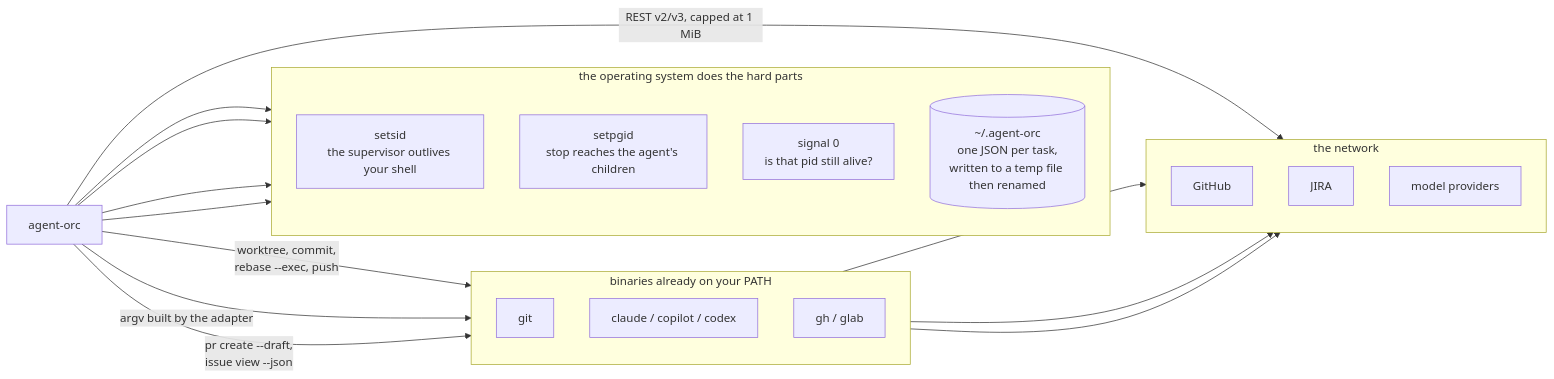
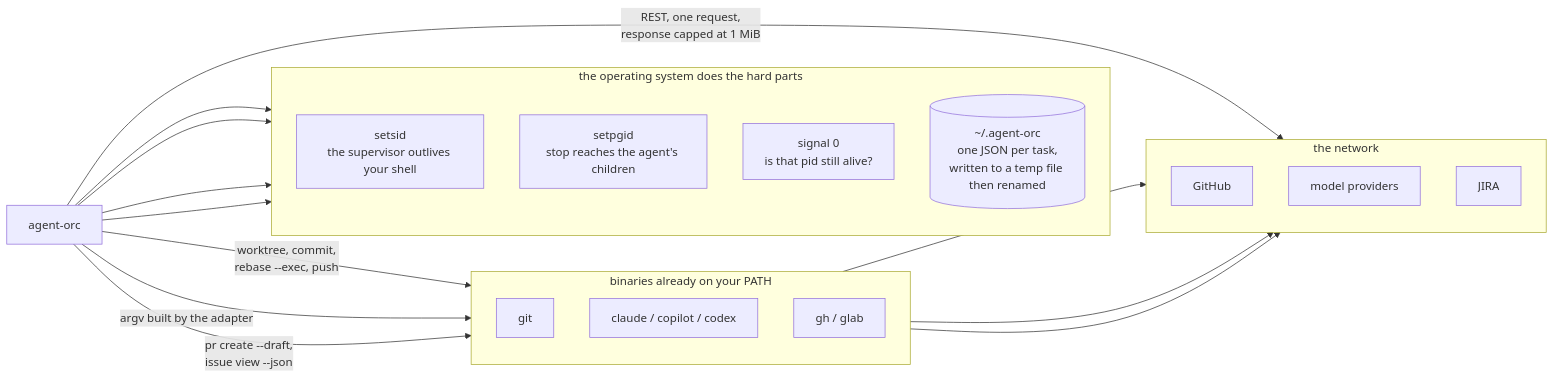
One commit to MaryannGitonga/agent-orc changed the second of 2 diagrams in README.md. Above: the diagram before and after it, drawn with Mermaid. The commit also changed other lines of this file, not shown here.

Commit message:
docs: uncross the network arrows and clarify the jira call

````diff
--- a/README.md
+++ b/README.md
@@ -80,38 +80,38 @@
 ```mermaid
 flowchart LR
     ORC["agent-orc"]
 
     subgraph KERNEL["the operating system does the hard parts"]
         direction TB
         SESS["setsid<br/>the supervisor outlives your shell"]
         PGRP["setpgid<br/>stop reaches the agent's children"]
         LIVE["signal 0<br/>is that pid still alive?"]
         DISK[("~/.agent-orc<br/>one JSON per task,<br/>written to a temp file then renamed")]
     end
 
     subgraph BINS["binaries already on your PATH"]
         direction TB
         GIT["git"]
         ACLI["claude / copilot / codex"]
         FORGE["gh / glab"]
     end
 
     subgraph NET["the network"]
         direction TB
         GHUB["GitHub"]
+        MODEL["model providers"]
         JIRA["JIRA"]
-        MODEL["model providers"]
     end
 
     ORC --> SESS
     ORC --> PGRP
     ORC --> LIVE
     ORC --> DISK
     ORC -->|"worktree, commit,<br/>rebase --exec, push"| GIT
     ORC -->|"argv built by the adapter"| ACLI
     ORC -->|"pr create --draft,<br/>issue view --json"| FORGE
-    ORC -->|"REST v2/v3, capped at 1 MiB"| JIRA
+    ORC -->|"REST, one request,<br/>response capped at 1 MiB"| JIRA
     GIT --> GHUB
     FORGE --> GHUB
     ACLI --> MODEL
 ```
````
